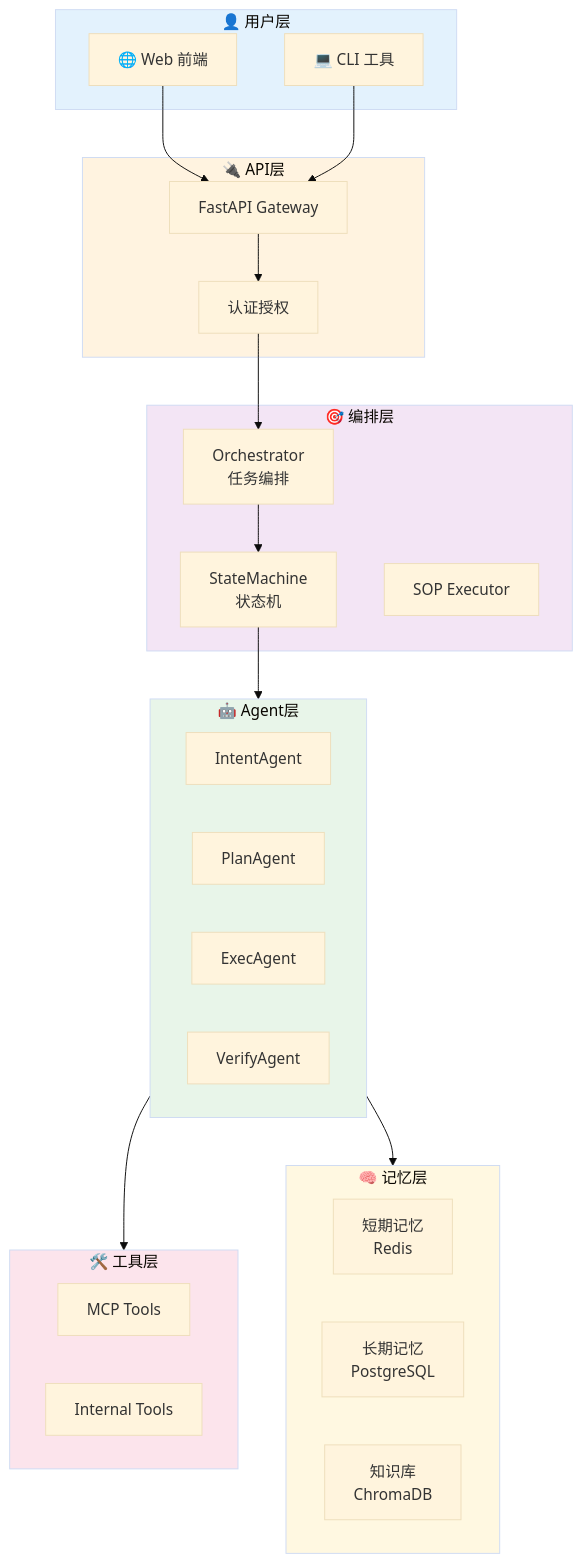
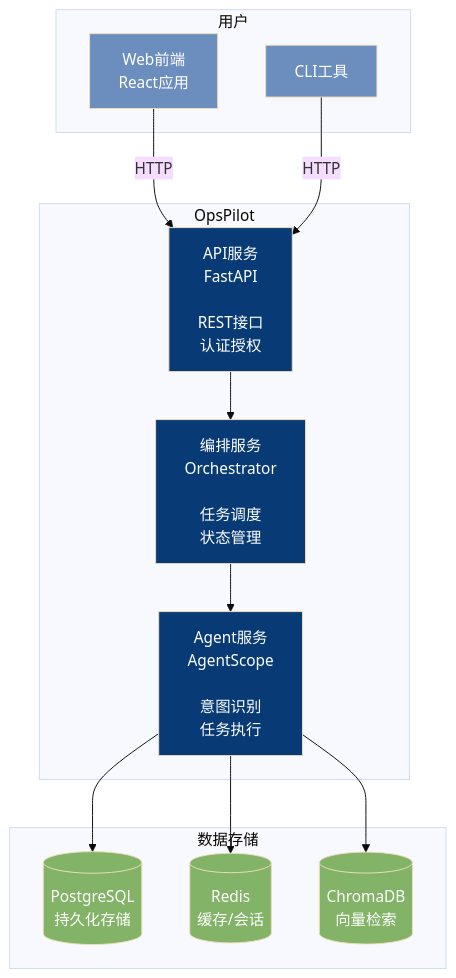
Before and after one commit to Aiting-for-you/OpsPilot: the second of 3 diagrams in OpsPilot/docs/architecture/01_overall.md, drawn with Mermaid (base theme). The commit also changed other lines of this file and 6 other files, not shown here.

Commit message:
style: 重构架构图设计，采用C4模型原则

````diff
--- a/OpsPilot/docs/architecture/01_overall.md
+++ b/OpsPilot/docs/architecture/01_overall.md
@@ -5,52 +35,36 @@
 ```mermaid
 graph TB
-    subgraph 用户层["👤 用户层"]
-        WEB["🌐 Web 前端"]
-        CLI["💻 CLI 工具"]
+    subgraph 用户
+        WEB[Web前端<br/>React应用]
+        CLI[CLI工具]
     end
 
-    subgraph API层["🔌 API层"]
-        GATEWAY["FastAPI Gateway"]
-        AUTH["认证授权"]
+    subgraph OpsPilot
+        API[API服务<br/>FastAPI<br/><br/>REST接口<br/>认证授权]
+        ORCH[编排服务<br/>Orchestrator<br/><br/>任务调度<br/>状态管理]
+        AGENT[Agent服务<br/>AgentScope<br/><br/>意图识别<br/>任务执行]
     end
 
-    subgraph 编排层["🎯 编排层"]
-        ORCH["Orchestrator<br/>任务编排"]
-        FSM["StateMachine<br/>状态机"]
-        SOP["SOP Executor"]
+    subgraph 数据存储
+        DB[(PostgreSQL<br/>持久化存储)]
+        CACHE[(Redis<br/>缓存/会话)]
+        VECTOR[(ChromaDB<br/>向量检索)]
     end
 
-    subgraph Agent层["🤖 Agent层"]
-        INTENT["IntentAgent"]
-        PLAN["PlanAgent"]
-        EXEC["ExecAgent"]
-        VERIFY["VerifyAgent"]
-    end
+    WEB -->|HTTP| API
+    CLI -->|HTTP| API
+    API --> ORCH
+    ORCH --> AGENT
+    AGENT --> DB
+    AGENT --> CACHE
+    AGENT --> VECTOR
 
-    subgraph 工具层["🛠️ 工具层"]
-        MCP["MCP Tools"]
-        INTERNAL["Internal Tools"]
-    end
-
-    subgraph 记忆层["🧠 记忆层"]
-        SHORT["短期记忆<br/>Redis"]
-        LONG["长期记忆<br/>PostgreSQL"]
-        KB["知识库<br/>ChromaDB"]
-    end
-
-    WEB --> GATEWAY
-    CLI --> GATEWAY
-    GATEWAY --> AUTH
-    AUTH --> ORCH
-    ORCH --> FSM
-    FSM --> Agent层
-    Agent层 --> 工具层
-    Agent层 --> 记忆层
-
-    style 用户层 fill:#e3f2fd
-    style API层 fill:#fff3e0
-    style 编排层 fill:#f3e5f5
-    style Agent层 fill:#e8f5e9
-    style 工具层 fill:#fce4ec
-    style 记忆层 fill:#fff8e1
+    style API fill:#083B75,color:#fff
+    style ORCH fill:#083B75,color:#fff
+    style AGENT fill:#083B75,color:#fff
+    style WEB fill:#6C8EBF,color:#fff
+    style CLI fill:#6C8EBF,color:#fff
+    style DB fill:#82B366,color:#fff
+    style CACHE fill:#82B366,color:#fff
+    style VECTOR fill:#82B366,color:#fff
 ```
````
